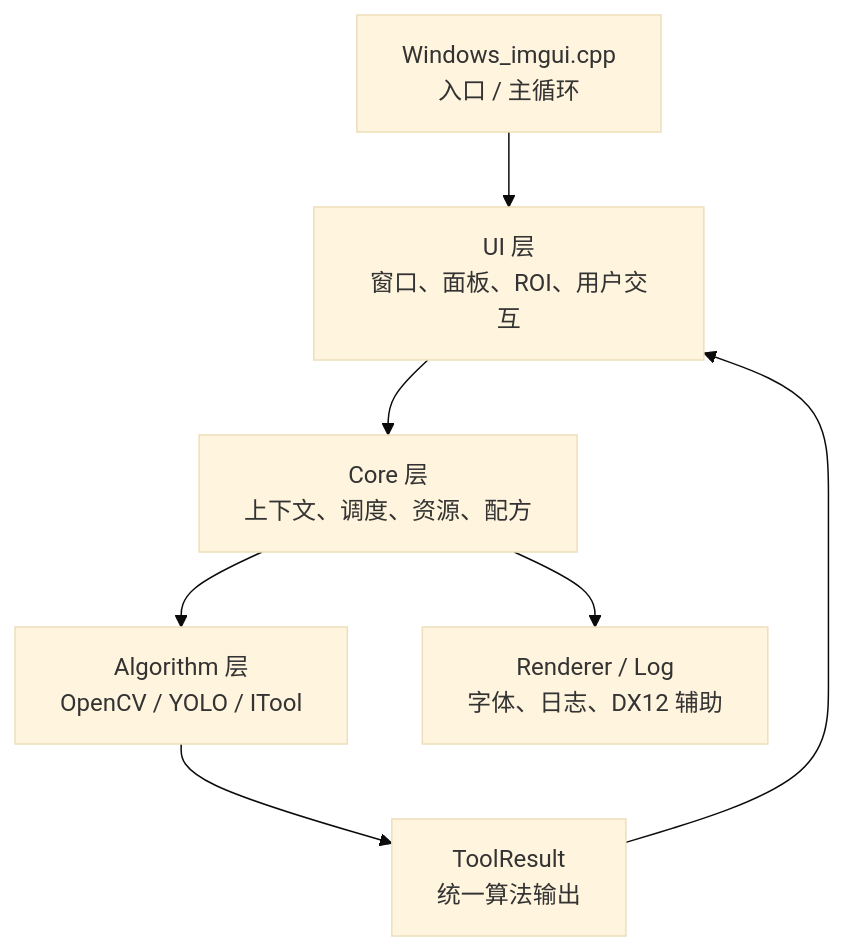
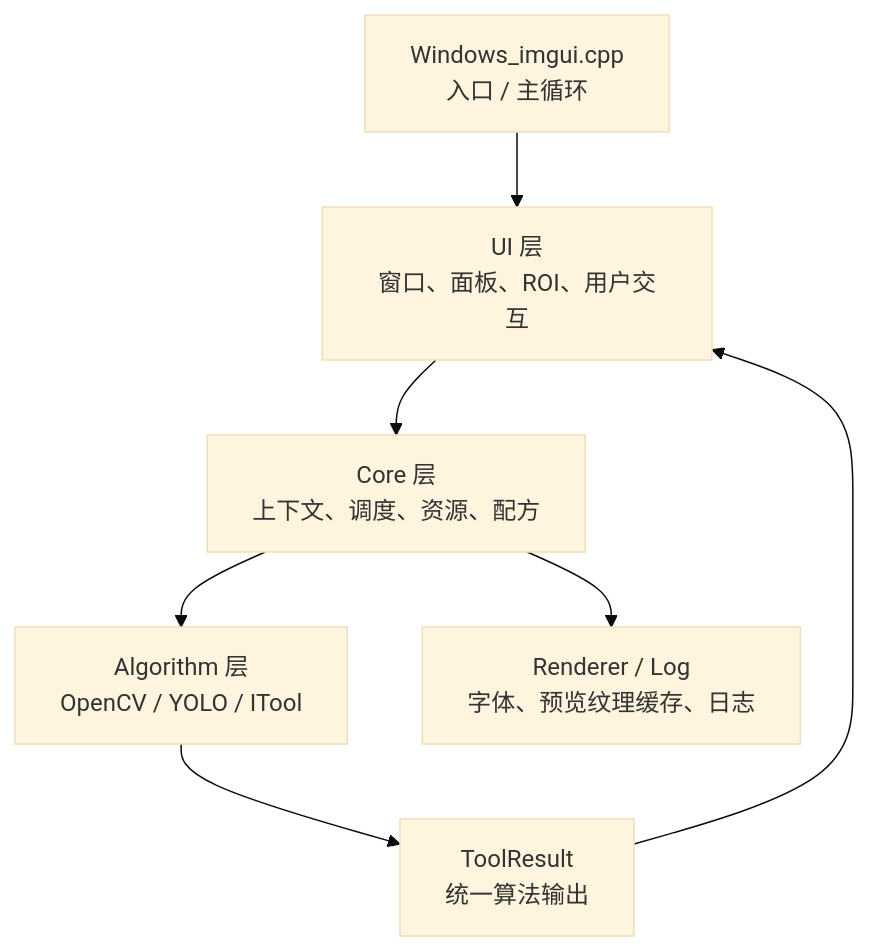
Before and after one commit to Jdkshen/IMgui_Opencv: the first of 2 diagrams in docs/CODE_STRUCTURE.md, drawn with Mermaid (base theme). The commit also changed other lines of this file and 62 other files, not shown here.

````diff
--- a/docs/CODE_STRUCTURE.md
+++ b/docs/CODE_STRUCTURE.md
@@ -92,9 +63,9 @@
 ```mermaid
 flowchart TD
     A["Windows_imgui.cpp<br/>入口 / 主循环"] --> B["UI 层<br/>窗口、面板、ROI、用户交互"]
     B --> C["Core 层<br/>上下文、调度、资源、配方"]
     C --> D["Algorithm 层<br/>OpenCV / YOLO / ITool"]
-    C --> E["Renderer / Log<br/>字体、日志、DX12 辅助"]
+    C --> E["Renderer / Log<br/>字体、预览纹理缓存、日志"]
     D --> F["ToolResult<br/>统一算法输出"]
     F --> B
 ```
````
